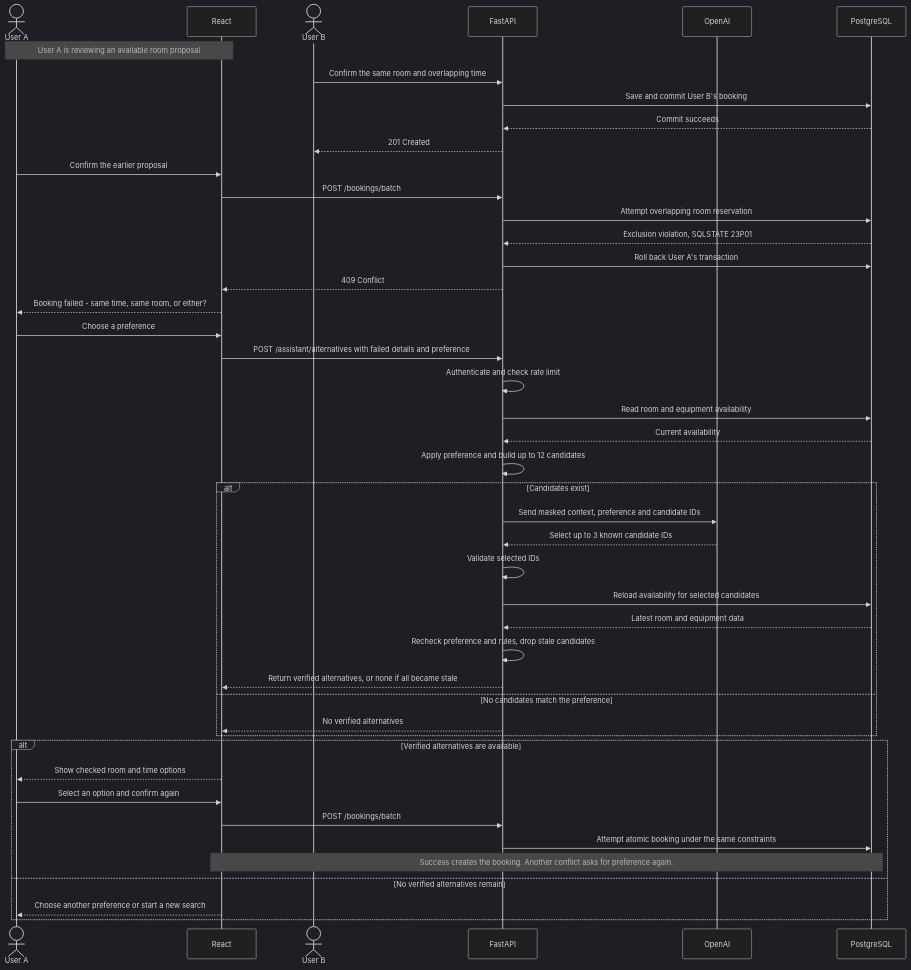
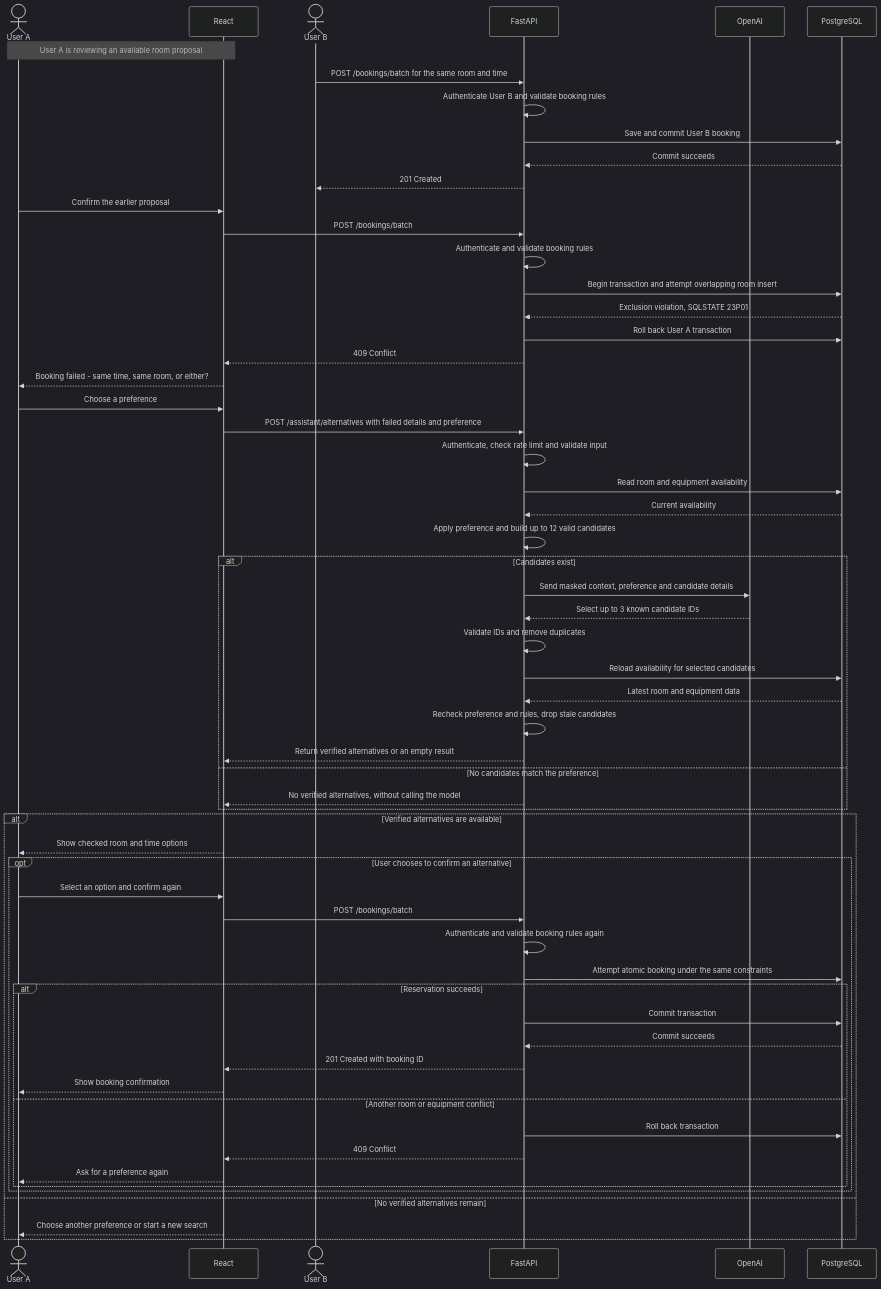
One commit to Title-v/Trinity-roots-assignment changed the fourth of 4 diagrams in README.md. Above: the diagram before and after it, drawn with Mermaid (dark theme). The commit also changed other lines of this file, not shown here.

Commit message:
Clarify booking sequence branches and transaction outcomes

````diff
--- a/README.md
+++ b/README.md
@@ -251,48 +271,62 @@
 ```mermaid
 sequenceDiagram
     actor UserA as User A
     participant React
     actor UserB as User B
     participant FastAPI
     participant OpenAI
     participant PostgreSQL
 
     Note over UserA,React: User A is reviewing an available room proposal
-    UserB->>FastAPI: Confirm the same room and overlapping time
-    FastAPI->>PostgreSQL: Save and commit User B's booking
+    UserB->>FastAPI: POST /bookings/batch for the same room and time
+    FastAPI->>FastAPI: Authenticate User B and validate booking rules
+    FastAPI->>PostgreSQL: Save and commit User B booking
     PostgreSQL-->>FastAPI: Commit succeeds
     FastAPI-->>UserB: 201 Created
     UserA->>React: Confirm the earlier proposal
     React->>FastAPI: POST /bookings/batch
-    FastAPI->>PostgreSQL: Attempt overlapping room reservation
+    FastAPI->>FastAPI: Authenticate and validate booking rules
+    FastAPI->>PostgreSQL: Begin transaction and attempt overlapping room insert
     PostgreSQL-->>FastAPI: Exclusion violation, SQLSTATE 23P01
-    FastAPI->>PostgreSQL: Roll back User A's transaction
+    FastAPI->>PostgreSQL: Roll back User A transaction
     FastAPI-->>React: 409 Conflict
     React-->>UserA: Booking failed - same time, same room, or either?
     UserA->>React: Choose a preference
     React->>FastAPI: POST /assistant/alternatives with failed details and preference
-    FastAPI->>FastAPI: Authenticate and check rate limit
+    FastAPI->>FastAPI: Authenticate, check rate limit and validate input
     FastAPI->>PostgreSQL: Read room and equipment availability
     PostgreSQL-->>FastAPI: Current availability
-    FastAPI->>FastAPI: Apply preference and build up to 12 candidates
+    FastAPI->>FastAPI: Apply preference and build up to 12 valid candidates
     alt Candidates exist
-        FastAPI->>OpenAI: Send masked context, preference and candidate IDs
+        FastAPI->>OpenAI: Send masked context, preference and candidate details
         OpenAI-->>FastAPI: Select up to 3 known candidate IDs
-        FastAPI->>FastAPI: Validate selected IDs
+        FastAPI->>FastAPI: Validate IDs and remove duplicates
         FastAPI->>PostgreSQL: Reload availability for selected candidates
         PostgreSQL-->>FastAPI: Latest room and equipment data
         FastAPI->>FastAPI: Recheck preference and rules, drop stale candidates
-        FastAPI-->>React: Return verified alternatives, or none if all became stale
+        FastAPI-->>React: Return verified alternatives or an empty result
     else No candidates match the preference
-        FastAPI-->>React: No verified alternatives
+        FastAPI-->>React: No verified alternatives, without calling the model
     end
     alt Verified alternatives are available
         React-->>UserA: Show checked room and time options
-        UserA->>React: Select an option and confirm again
-        React->>FastAPI: POST /bookings/batch
-        FastAPI->>PostgreSQL: Attempt atomic booking under the same constraints
-        Note over React,PostgreSQL: Success creates the booking. Another conflict asks for preference again.
+        opt User chooses to confirm an alternative
+            UserA->>React: Select an option and confirm again
+            React->>FastAPI: POST /bookings/batch
+            FastAPI->>FastAPI: Authenticate and validate booking rules again
+            FastAPI->>PostgreSQL: Attempt atomic booking under the same constraints
+            alt Reservation succeeds
+                FastAPI->>PostgreSQL: Commit transaction
+                PostgreSQL-->>FastAPI: Commit succeeds
+                FastAPI-->>React: 201 Created with booking ID
+                React-->>UserA: Show booking confirmation
+            else Another room or equipment conflict
+                FastAPI->>PostgreSQL: Roll back transaction
+                FastAPI-->>React: 409 Conflict
+                React-->>UserA: Ask for a preference again
+            end
+        end
     else No verified alternatives remain
         React-->>UserA: Choose another preference or start a new search
     end
 ```
````
